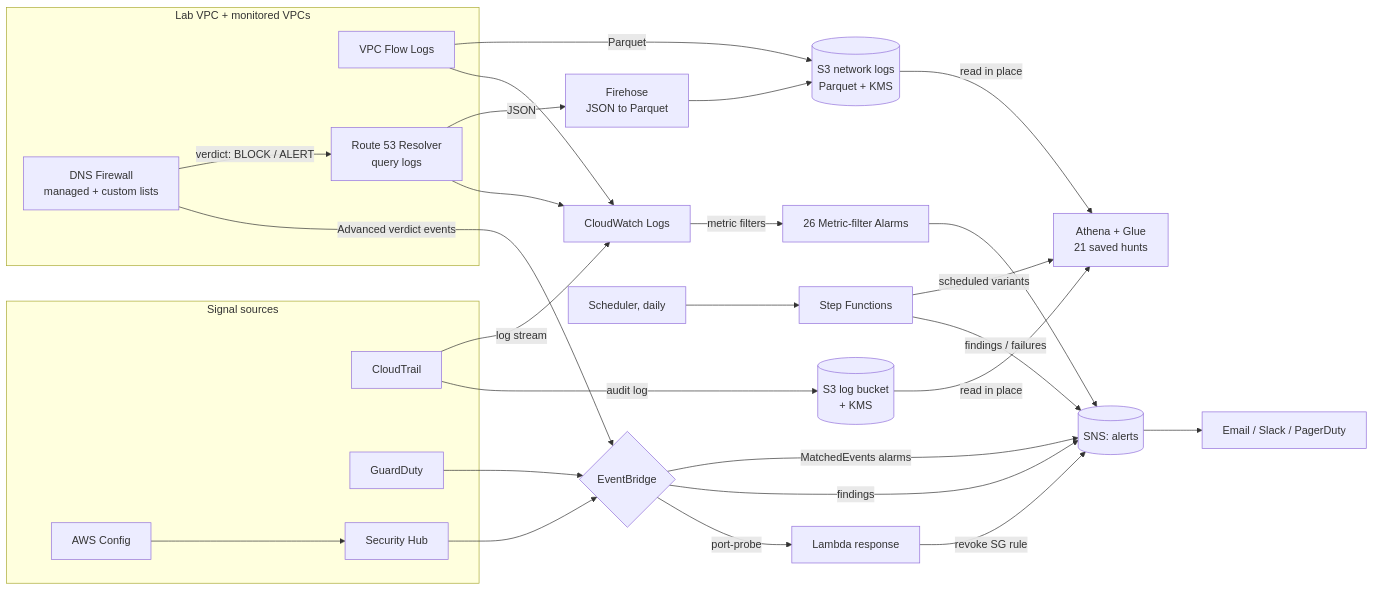
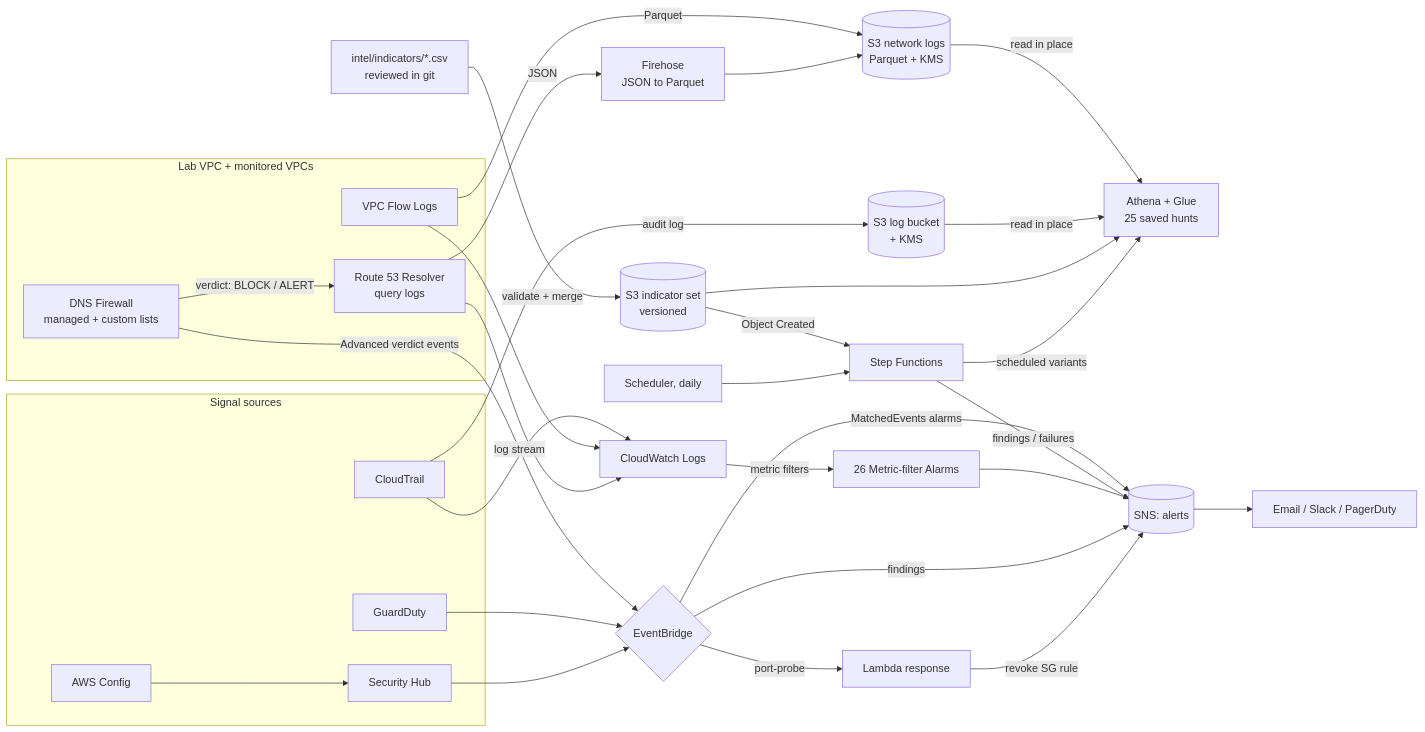
Before and after one commit to H3llKa1ser/AWS-Detection-Engineering-Lab: the diagram in README.md, drawn with Mermaid. The commit also changed other lines of this file and 5 other files, not shown here.

````diff
--- a/README.md
+++ b/README.md
@@ -39,40 +40,42 @@
 ```mermaid
 flowchart LR
     subgraph Sources["Signal sources"]
         CT[CloudTrail]
         GD[GuardDuty]
         CFG[AWS Config]
         SH[Security Hub]
     end
 
     subgraph Net["Lab VPC + monitored VPCs"]
         FL[VPC Flow Logs]
         FW[DNS Firewall<br/>managed + custom lists]
         DNS[Route 53 Resolver<br/>query logs]
         FW -->|verdict: BLOCK / ALERT| DNS
     end
     FL -->|Parquet| NL[(S3 network logs<br/>Parquet + KMS)]
     DNS -->|JSON| FH[Firehose<br/>JSON to Parquet] --> NL
     NL -->|read in place| ATH
     FW -->|Advanced verdict events| EB
 
     CT -->|log stream| CWL[CloudWatch Logs]
     FL --> CWL
     DNS --> CWL
     CWL -->|metric filters| ALM[26 Metric-filter Alarms]
     EB -->|MatchedEvents alarms| SNS
     CT -->|audit log| S3[(S3 log bucket<br/>+ KMS)]
-    S3 -->|read in place| ATH[Athena + Glue<br/>21 saved hunts]
+    S3 -->|read in place| ATH[Athena + Glue<br/>25 saved hunts]
+    TI[intel/indicators/*.csv<br/>reviewed in git] -->|validate + merge| IO[(S3 indicator set<br/>versioned)] --> ATH
+    IO -->|Object Created| SFN
     SCH[Scheduler, daily] --> SFN[Step Functions] -->|scheduled variants| ATH
     SFN -->|findings / failures| SNS
 
     CFG --> SH
     GD --> EB{EventBridge}
     SH --> EB
     ALM --> SNS[(SNS: alerts)]
     EB -->|findings| SNS
     EB -->|port-probe| L[Lambda response]
     L -->|revoke SG rule| SNS
 
     SNS --> Email[Email / Slack / PagerDuty]
 ```
````
